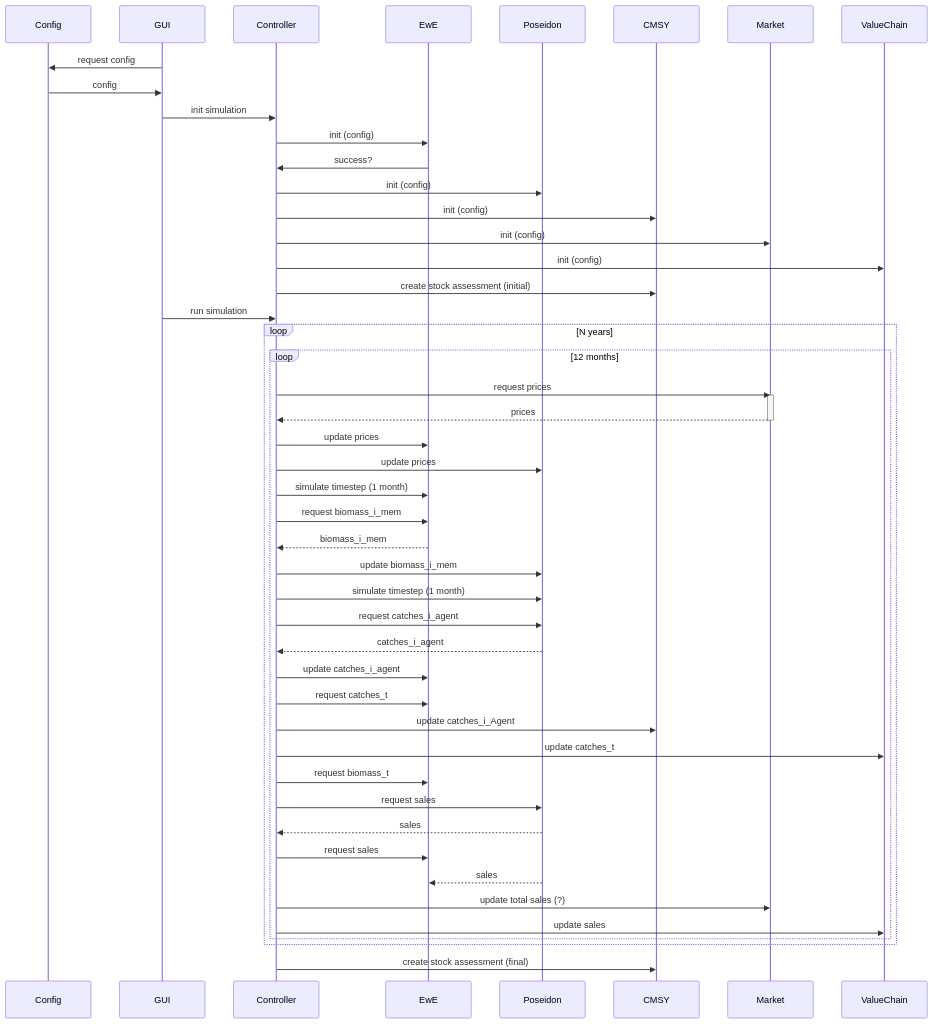
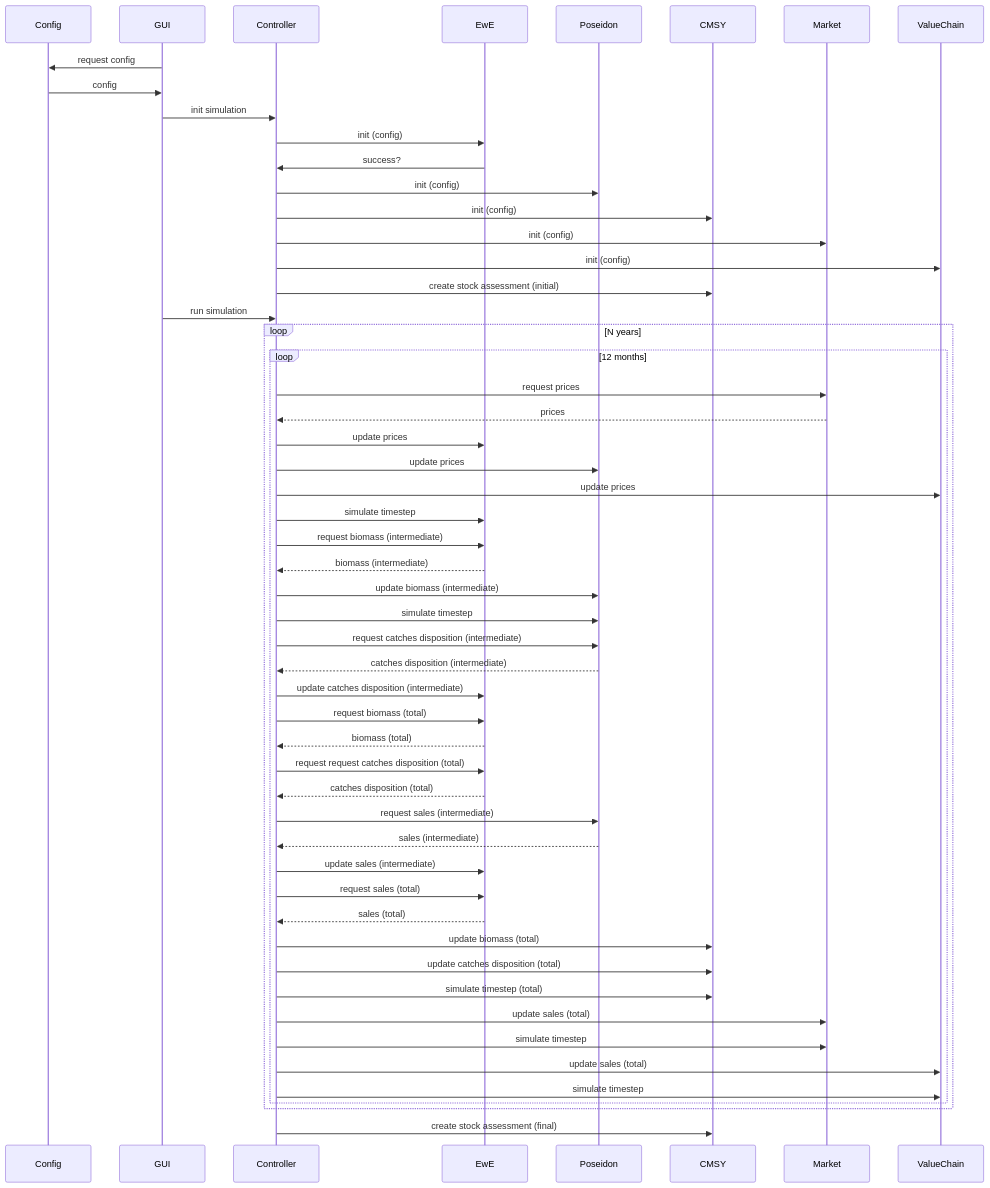
One commit to SURIMI-Project/SURIMI-project changed the diagram in SequenceDiagram.md. Above: the diagram before and after it, drawn with Mermaid.

Commit message:
Update SequenceDiagram.md
Separeted intermediate and total data flows throughout

````diff
--- a/SequenceDiagram.md
+++ b/SequenceDiagram.md
@@ -3,62 +3,67 @@
 ```mermaid
 
  sequenceDiagram
 
     participant Config
     participant GUI
     participant Controller
     participant EwE
     participant Poseidon
     participant CMSY
     participant Market
     participant ValueChain
 
     %% Initialization %%
     %% this is the init %%
     GUI ->> Config: request config
     Config ->> GUI: config
     GUI ->> Controller: init simulation
 
     Controller ->> EwE: init (config)
     EwE ->> Controller: success?
     Controller ->> Poseidon: init (config)
     Controller ->> CMSY: init (config)
     Controller ->> Market: init (config)
     Controller ->> ValueChain: init (config)
 
     Controller ->> CMSY: create stock assessment (initial)
 
     %% Simulation %%
     %% starting the simulation %%
     GUI ->> Controller: run simulation
 
     loop N years
         loop 12 months
             Controller ->> Market: request prices
-            activate Market
             Market -->> Controller: prices
-            deactivate Market
             Controller ->> EwE: update prices
             Controller ->> Poseidon: update prices
-            Controller ->> EwE: simulate timestep (1 month)
-            Controller ->> EwE: request biomass_i_mem
-            EwE -->> Controller: biomass_i_mem
-            Controller ->> Poseidon: update biomass_i_mem
-            Controller ->> Poseidon: simulate timestep (1 month)
-            Controller ->> Poseidon: request catches_i_agent
-            Poseidon -->> Controller: catches_i_agent
-            Controller ->> EwE: update catches_i_agent
-            Controller ->> EwE: request catches_t
-            Controller ->> CMSY: update catches_i_Agent
-            Controller ->> ValueChain: update catches_t
-            Controller ->> EwE: request biomass_t
-            Controller ->> Poseidon: request sales
-            Poseidon -->> Controller: sales
-            Controller ->> EwE: request sales
-            Poseidon -->> EwE: sales
-            Controller ->> Market: update total sales (?)
-            Controller ->> ValueChain: update sales
+            Controller ->> ValueChain: update prices
+            Controller ->> EwE: simulate timestep
+            Controller ->> EwE: request biomass (intermediate)
+            EwE -->> Controller: biomass (intermediate)
+            Controller ->> Poseidon: update biomass (intermediate)
+            Controller ->> Poseidon: simulate timestep
+            Controller ->> Poseidon: request catches disposition (intermediate) 
+            Poseidon -->> Controller: catches disposition (intermediate)
+            Controller ->> EwE: update catches disposition (intermediate)
+            Controller ->> EwE: request biomass (total)
+            EwE -->> Controller: biomass (total)
+            Controller ->> EwE: request request catches disposition (total) 
+            EwE -->> Controller: catches disposition (total)
+            Controller ->> Poseidon: request sales (intermediate)
+            Poseidon -->> Controller: sales (intermediate)
+            Controller ->> EwE: update sales (intermediate)
+            Controller ->> EwE: request sales (total)
+            EwE -->> Controller: sales (total)
+            Controller ->> CMSY: update biomass (total)
+            Controller ->> CMSY: update catches disposition (total)
+            Controller ->> CMSY: simulate timestep (total)
+            Controller ->> Market: update sales (total)
+            Controller ->> Market: simulate timestep
+            Controller ->> ValueChain: update sales (total)
+            Controller ->> ValueChain: simulate timestep
         end
     end
     Controller ->> CMSY: create stock assessment (final) 
 ```
````
